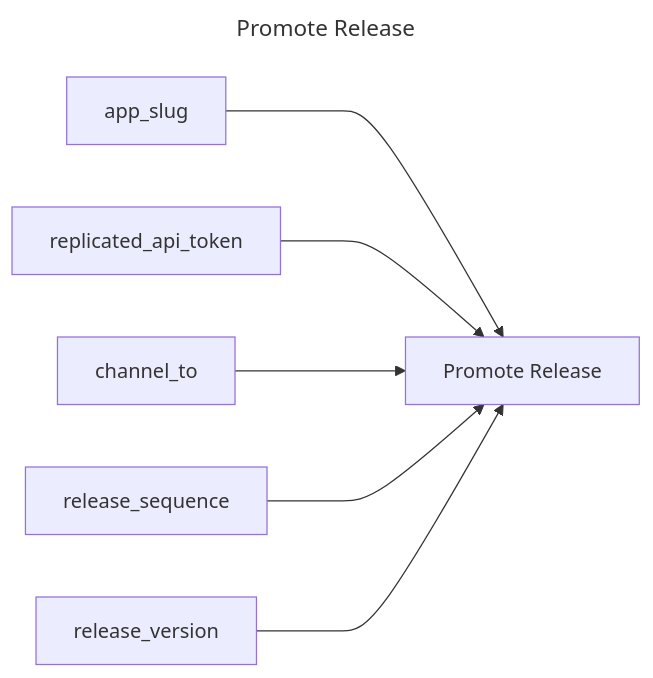
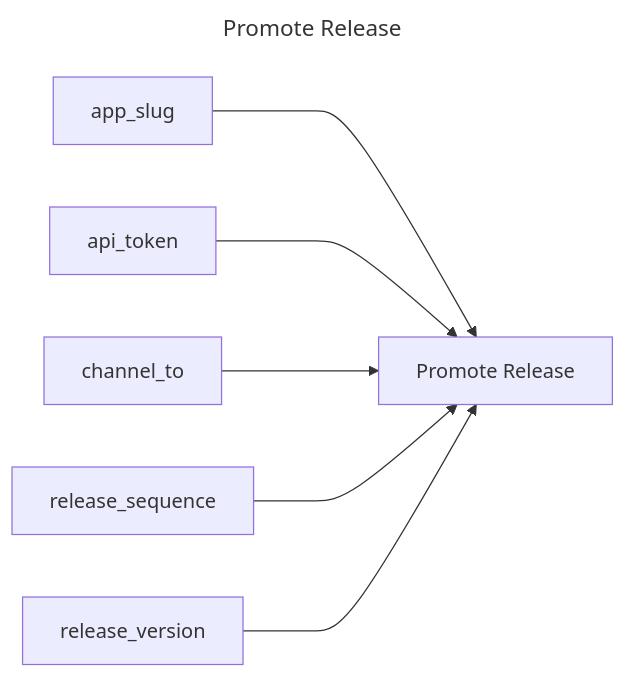
The diagram in promote-release/README.md (replicatedhq/replicated-actions), drawn with Mermaid before and after one commit. The commit also changed other lines of this file and 40 other files, not shown here.

Commit message:
Renaming replicated-api-token to api-token

````diff
--- a/promote-release/README.md
+++ b/promote-release/README.md
@@ -3,12 +3,12 @@
 ```mermaid
 ---
 title: Promote Release
 ---
 graph LR
 promote_release["Promote Release"]
 app_slug ---> promote_release
-replicated_api_token ---> promote_release
+api_token ---> promote_release
 channel_to ---> promote_release
 release_sequence ---> promote_release
 release_version ---> promote_release
 ```
````
